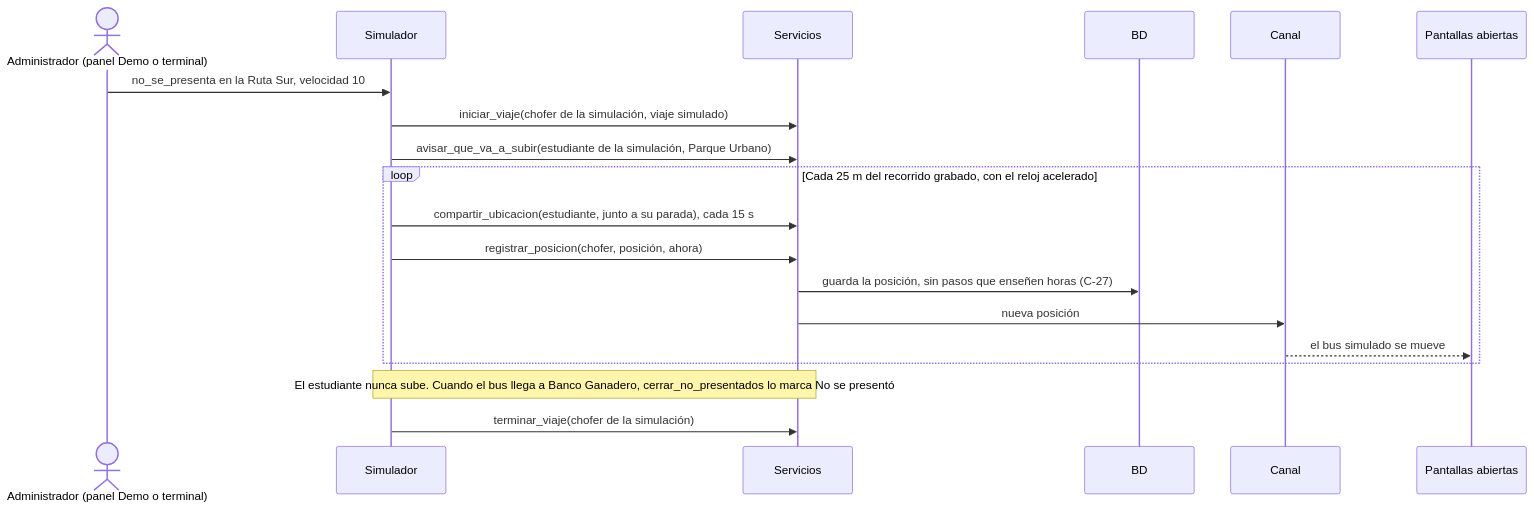
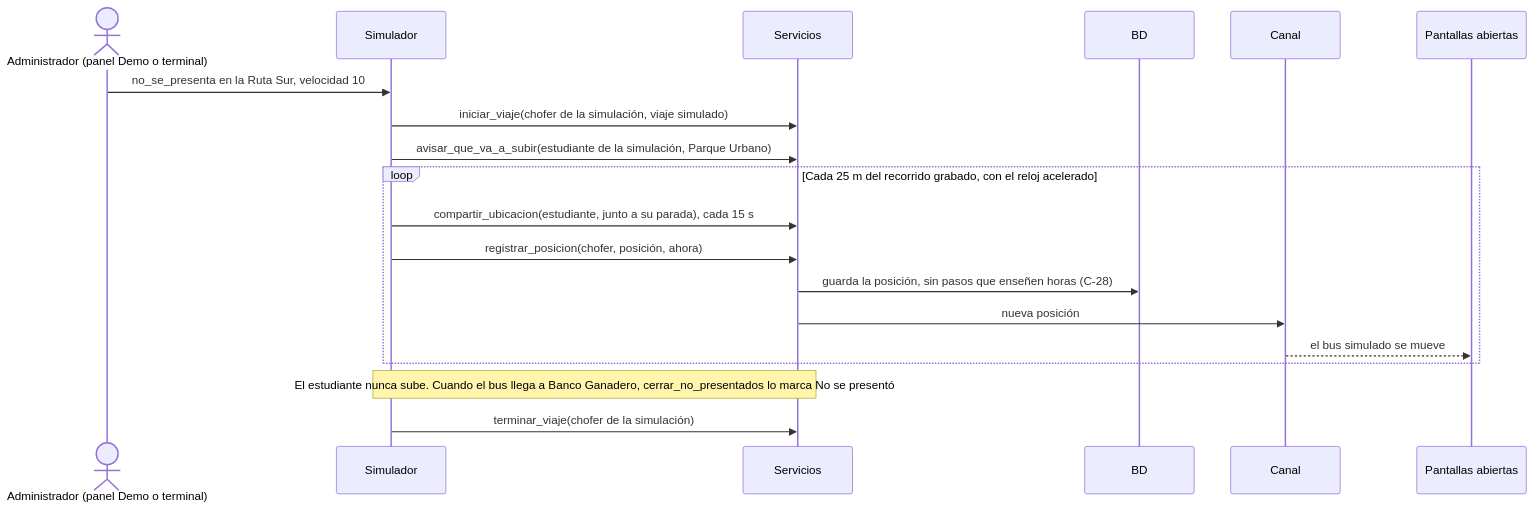
One commit to hugozuniga770/UPBus changed diagram 18 of 18 in docs/diagramas-secuencia.md. Above: the diagram before and after it, drawn with Mermaid. The commit also changed 7 other files, not shown here.

````diff
--- a/docs/diagramas-secuencia.md
+++ b/docs/diagramas-secuencia.md
@@ -524,21 +524,21 @@
 ```mermaid
 sequenceDiagram
     actor D as Administrador (panel Demo o terminal)
     participant Sim as Simulador
     participant S as Servicios
     participant B as BD
     participant W as Canal
     participant FE as Pantallas abiertas
     D->>Sim: no_se_presenta en la Ruta Sur, velocidad 10
     Sim->>S: iniciar_viaje(chofer de la simulación, viaje simulado)
     Sim->>S: avisar_que_va_a_subir(estudiante de la simulación, Parque Urbano)
     loop Cada 25 m del recorrido grabado, con el reloj acelerado
         Sim->>S: compartir_ubicacion(estudiante, junto a su parada), cada 15 s
         Sim->>S: registrar_posicion(chofer, posición, ahora)
-        S->>B: guarda la posición, sin pasos que enseñen horas (C-27)
+        S->>B: guarda la posición, sin pasos que enseñen horas (C-28)
         S->>W: nueva posición
         W-->>FE: el bus simulado se mueve
     end
     Note over Sim,S: El estudiante nunca sube. Cuando el bus llega a Banco Ganadero, cerrar_no_presentados lo marca No se presentó
     Sim->>S: terminar_viaje(chofer de la simulación)
 ```
````
